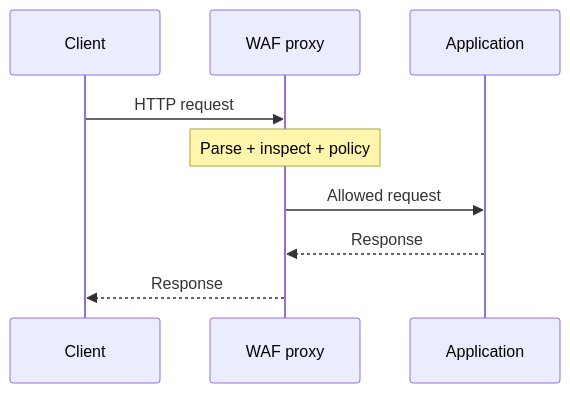
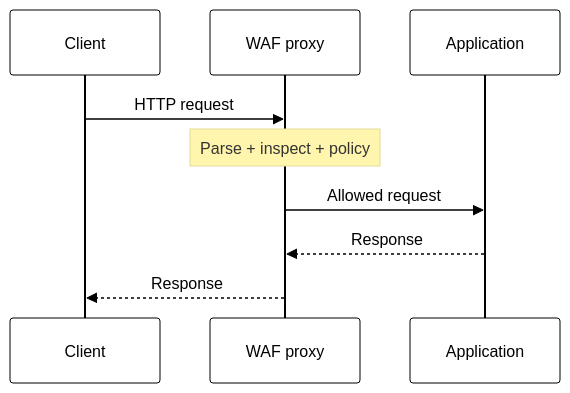
One commit to cs-pub-ro/SRED-lectures changed the third of 18 diagrams in 07-http-inspection-waf/07-http-inspection-waf.md. Above: the diagram before and after it, drawn with Mermaid. The commit also changed other lines of this file and 32 other files, not shown here.

First line of the commit message:
Add Mermaid white/black theme, icon sizing fix, and lecture icons

````diff
--- a/07-http-inspection-waf/07-http-inspection-waf.md
+++ b/07-http-inspection-waf/07-http-inspection-waf.md
@@ -102,11 +104,12 @@
 ```mermaid
+%%{init: {'theme': 'base', 'themeVariables': {'primaryColor': '#ffffff', 'primaryBorderColor': '#000000', 'primaryTextColor': '#000000', 'lineColor': '#000000'}}}%%
 sequenceDiagram
   participant C as Client
   participant W as WAF proxy
   participant A as Application
   C->>W: HTTP request
   Note over W: Parse + inspect + policy
   W->>A: Allowed request
   A-->>W: Response
   W-->>C: Response
 ```
````
